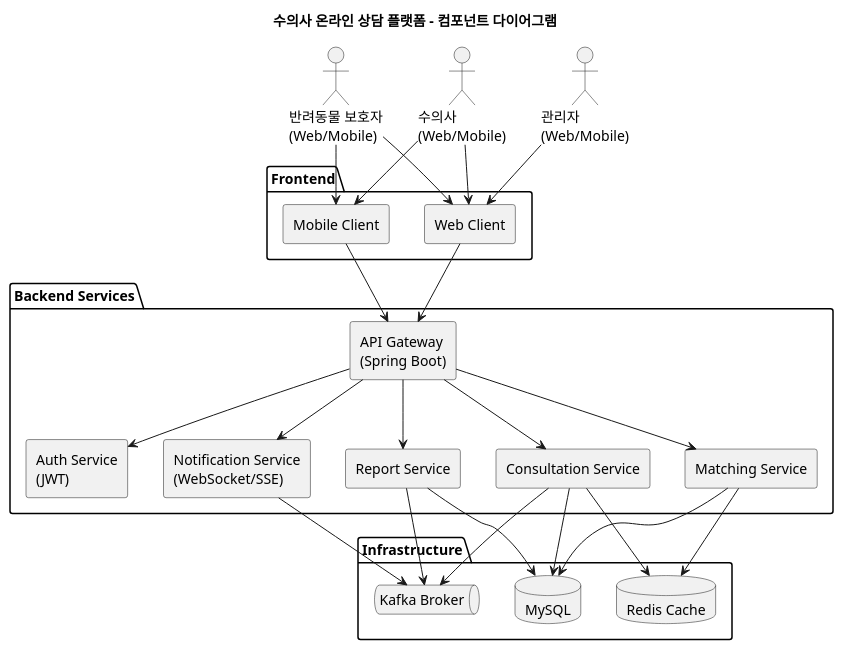
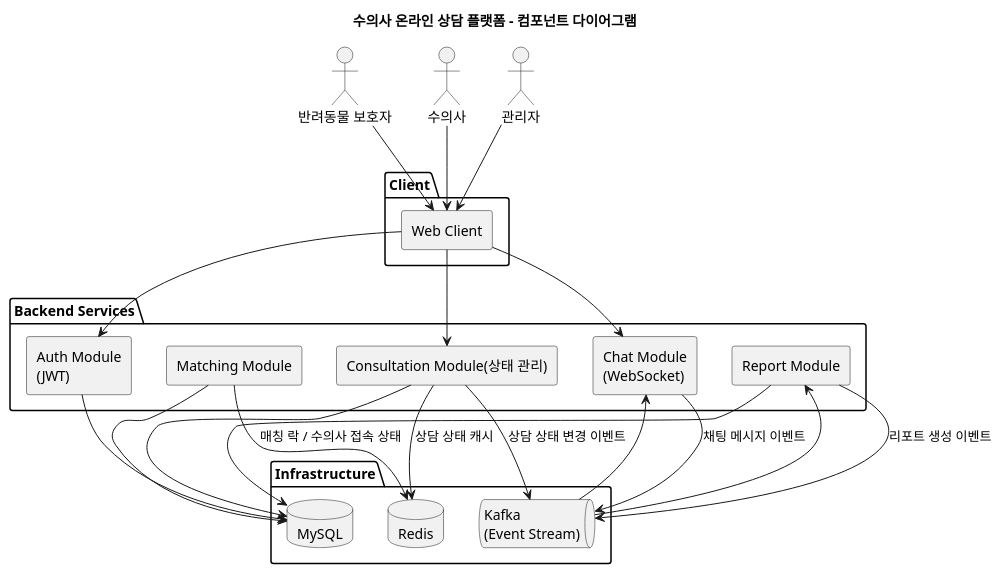
The diagram in document/3.component-diagram.puml (ssr03/vet-consultation-backend), drawn with PlantUML before and after one commit. The commit also changed 3 other files, not shown here.

```diff
--- a/document/3.component-diagram.puml
+++ b/document/3.component-diagram.puml
@@ -1,58 +1,56 @@
 @startuml VetConsultationSystem
 
 skinparam componentStyle rectangle
 skinparam shadowing false
 
 title 수의사 온라인 상담 플랫폼 - 컴포넌트 다이어그램
 
-actor "반려동물 보호자\n(Web/Mobile)" as User
-actor "수의사\n(Web/Mobile)" as Vet
-actor "관리자\n(Web/Mobile)" as Admin
+actor "반려동물 보호자" as User
+actor "수의사" as Vet
+actor "관리자" as Admin
 
-package "Frontend" {
-[Web Client]
-[Mobile Client]
+package "Client" {
+  component "Web Client" as Web
 }
 
 package "Backend Services" {
-component "API Gateway\n(Spring Boot)" as API
-component "Auth Service\n(JWT)" as Auth
-component "Consultation Service" as Consult
-component "Matching Service" as Match
-component "Notification Service\n(WebSocket/SSE)" as Notify
-component "Report Service" as Report
+  component "Auth Module\n(JWT)" as Auth
+  component "Consultation Module(상태 관리)" as Consult
+  component "Matching Module" as Match
+  component "Chat Module\n(WebSocket)" as Chat
+  component "Report Module" as Report
 }
 
 package "Infrastructure" {
-database "MySQL" as MySQL
-database "Redis Cache" as Redis
-queue "Kafka Broker" as Kafka
+  database "MySQL" as MySQL
+  database "Redis" as Redis
+  queue "Kafka\n(Event Stream)" as Kafka
 }
 
-User --> [Web Client]
-User --> [Mobile Client]
-Vet --> [Web Client]
-Vet --> [Mobile Client]
-Admin --> [Web Client]
+' ===== Client → Backend =====
+User --> Web
+Vet --> Web
+Admin --> Web
 
-[Web Client] --> API
-[Mobile Client] --> API
+Web --> Auth
+Web --> Consult
+Web --> Chat
 
-API --> Auth
-API --> Consult
-API --> Match
-API --> Notify
-API --> Report
-
+' ===== Database =====
+Auth --> MySQL
 Consult --> MySQL
 Match --> MySQL
 Report --> MySQL
 
-Consult --> Redis
-Match --> Redis
+' ===== Redis (state / lock / cache) =====
+Consult --> Redis : 상담 상태 캐시
+Match --> Redis : 매칭 락 / 수의사 접속 상태
 
-Consult --> Kafka
-Notify --> Kafka
-Report --> Kafka
+' ===== Kafka (event only) =====
+Chat --> Kafka : 채팅 메시지 이벤트
+Consult --> Kafka : 상담 상태 변경 이벤트
+Report --> Kafka : 리포트 생성 이벤트
 
+Kafka --> Chat
+Kafka --> Report
 @enduml
```
